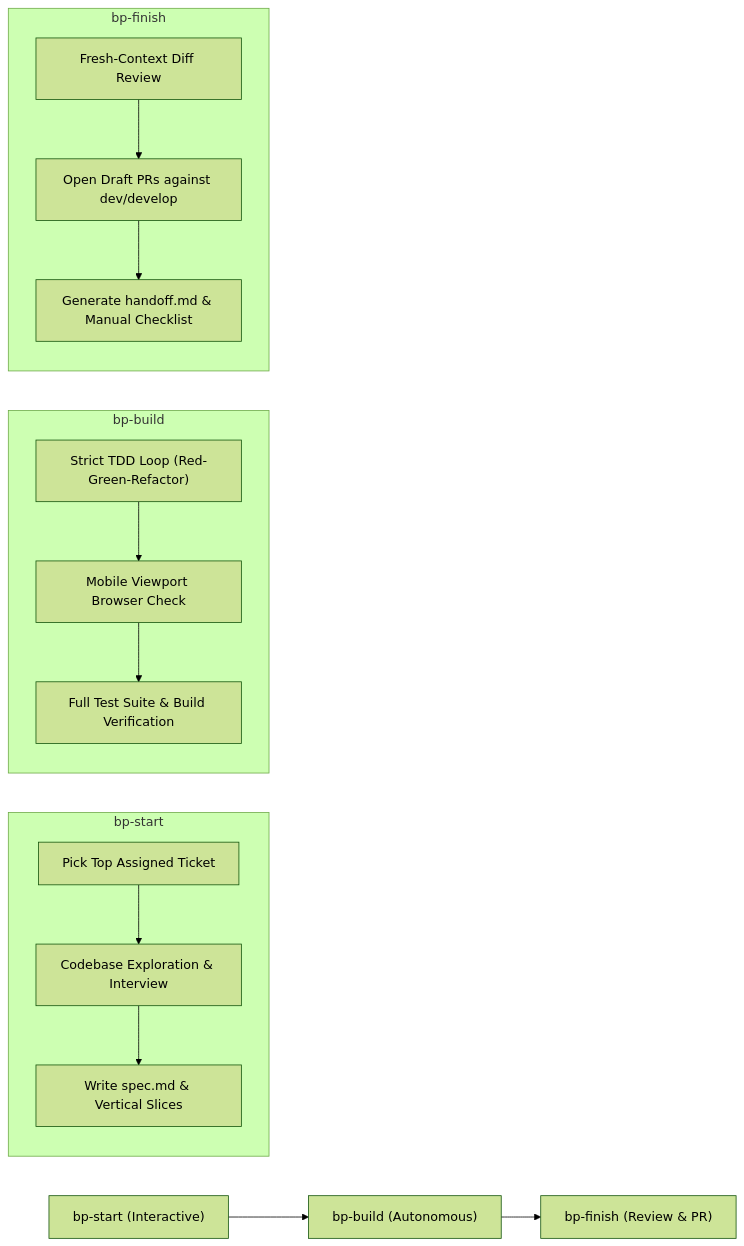
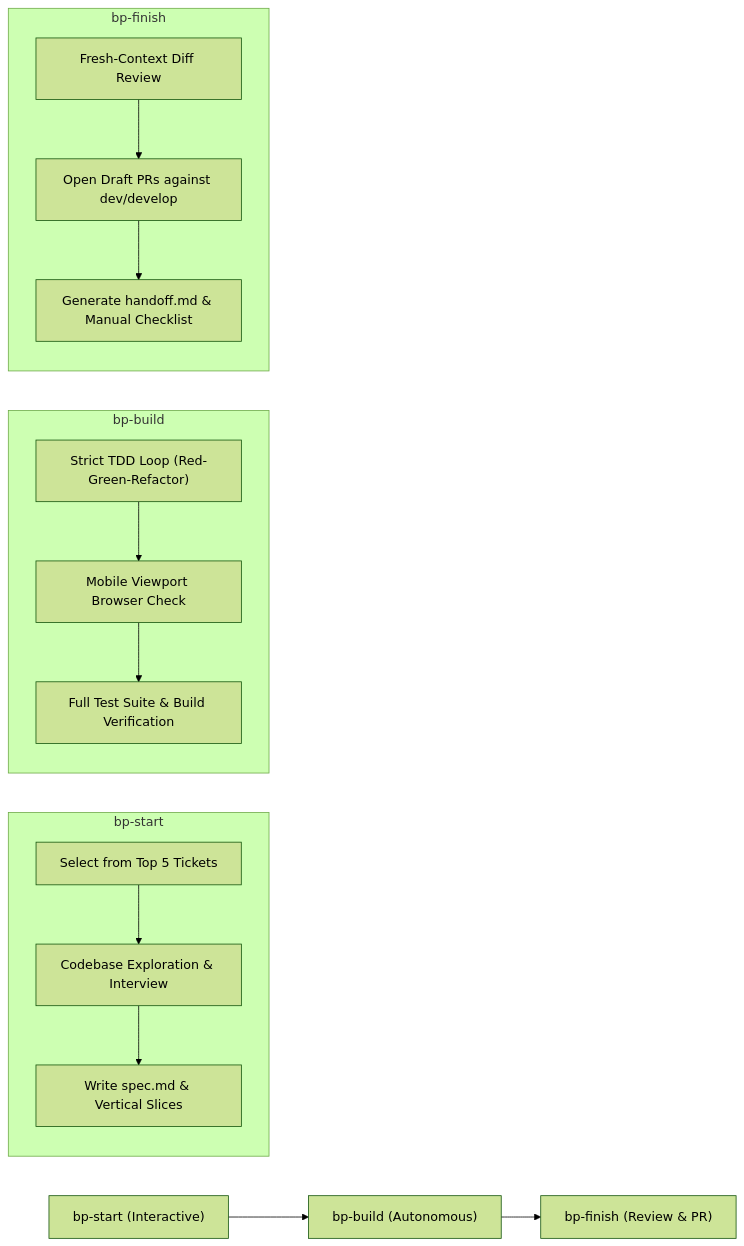
Before and after one commit to Rashik977/bookpasal-tracker: the second of 2 diagrams in templates/agent-setup/docs/architecture-report.md, drawn with Mermaid (forest theme). The commit also changed 3 other files, not shown here.

Commit message:
chore(bp-start): show top 5 tickets and wait for user selection before doing any work

````diff
--- a/templates/agent-setup/docs/architecture-report.md
+++ b/templates/agent-setup/docs/architecture-report.md
@@ -72,24 +72,24 @@
 ```mermaid
 flowchart LR
     Start["bp-start (Interactive)"] --> Build["bp-build (Autonomous)"]
     Build --> Finish["bp-finish (Review & PR)"]
 
     subgraph bp_start ["bp-start"]
-        PickTicket["Pick Top Assigned Ticket"] --> CodeInterview["Codebase Exploration & Interview"]
+        SelectTicket["Select from Top 5 Tickets"] --> CodeInterview["Codebase Exploration & Interview"]
         CodeInterview --> SpecSlices["Write spec.md & Vertical Slices"]
     end
 
     subgraph bp_build ["bp-build"]
         TDDLoop["Strict TDD Loop (Red-Green-Refactor)"]
         MobileCheck["Mobile Viewport Browser Check"]
         FullSuite["Full Test Suite & Build Verification"]
         TDDLoop --> MobileCheck --> FullSuite
     end
 
     subgraph bp_finish ["bp-finish"]
         FreshReview["Fresh-Context Diff Review"]
         DraftPR["Open Draft PRs against dev/develop"]
         HandoffDoc["Generate handoff.md & Manual Checklist"]
         FreshReview --> DraftPR --> HandoffDoc
     end
 ```
````
